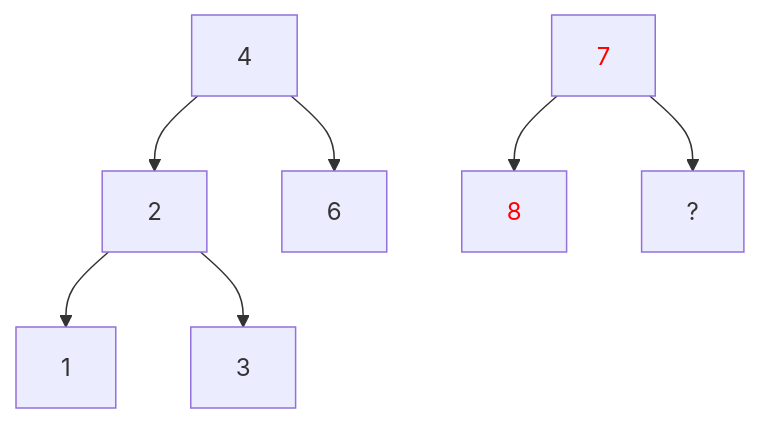
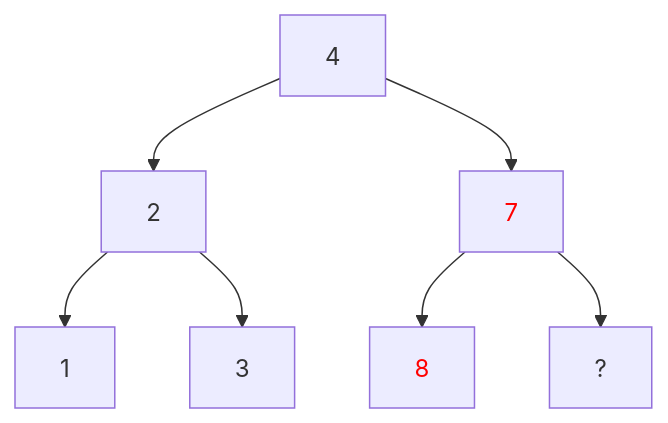
Before and after one commit to tsolenthaler/zbwAlgDs: the sixth of 14 diagrams in docs/datenstrukturen/binary-tree.md, drawn with Mermaid. The commit also changed other lines of this file, not shown here.

````diff
--- a/docs/datenstrukturen/binary-tree.md
+++ b/docs/datenstrukturen/binary-tree.md
@@ -221,11 +218,11 @@
 ``` mermaid
 flowchart TD
     4 --> 2
-    4 --> 6
+    4 --> 7
     2 --> 1
     2 --> 3
     7 --> 8
     7 --> ?
     style 7 color:red
     style 8 color:red
 ```
````
